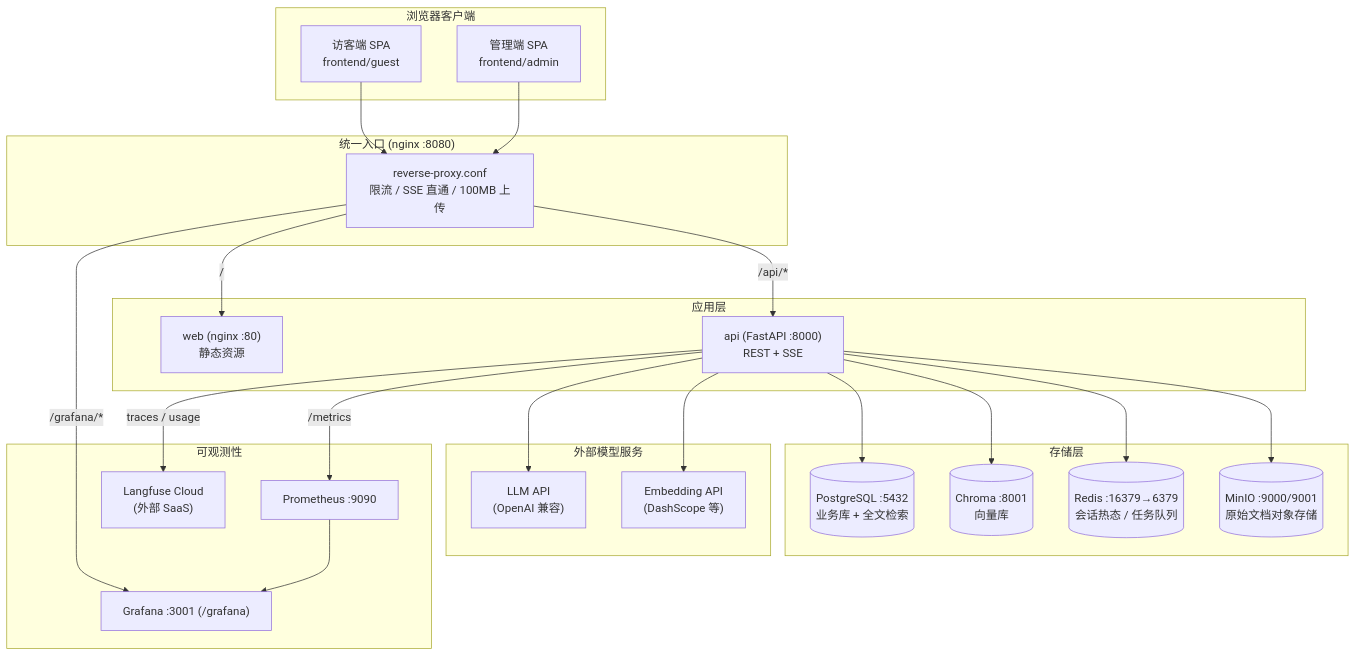
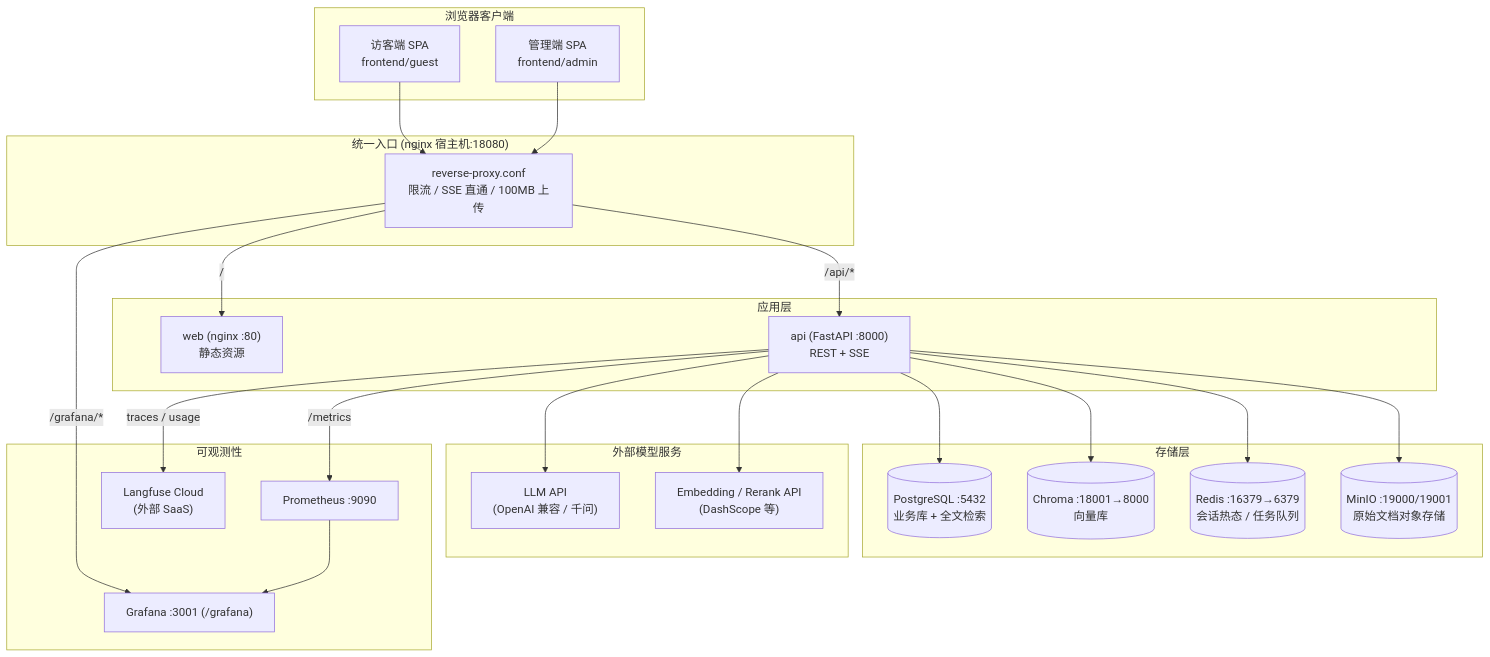
One commit to 9Z-jiuzhang/0716RAGPJ changed the diagram in README.md. Above: the diagram before and after it, drawn with Mermaid. The commit also changed other lines of this file and 61 other files, not shown here.

````diff
--- a/README.md
+++ b/README.md
@@ -42,49 +44,49 @@
 ```mermaid
 flowchart TB
     subgraph Client["浏览器客户端"]
         Guest["访客端 SPA<br/>frontend/guest"]
         Admin["管理端 SPA<br/>frontend/admin"]
     end
 
-    subgraph Edge["统一入口 (nginx :8080)"]
+    subgraph Edge["统一入口 (nginx 宿主机:18080)"]
         RP["reverse-proxy.conf<br/>限流 / SSE 直通 / 100MB 上传"]
     end
 
     subgraph App["应用层"]
         WEB["web (nginx :80)<br/>静态资源"]
         API["api (FastAPI :8000)<br/>REST + SSE"]
     end
 
     subgraph Storage["存储层"]
         PG[("PostgreSQL :5432<br/>业务库 + 全文检索")]
-        CH[("Chroma :8001<br/>向量库")]
+        CH[("Chroma :18001→8000<br/>向量库")]
         RD[("Redis :16379→6379<br/>会话热态 / 任务队列")]
-        MO[("MinIO :9000/9001<br/>原始文档对象存储")]
+        MO[("MinIO :19000/19001<br/>原始文档对象存储")]
     end
 
     subgraph External["外部模型服务"]
-        LLM["LLM API<br/>(OpenAI 兼容)"]
-        EMB["Embedding API<br/>(DashScope 等)"]
+        LLM["LLM API<br/>(OpenAI 兼容 / 千问)"]
+        EMB["Embedding / Rerank API<br/>(DashScope 等)"]
     end
 
     subgraph Observ["可观测性"]
         PROM["Prometheus :9090"]
         GRAF["Grafana :3001 (/grafana)"]
         LF["Langfuse Cloud<br/>(外部 SaaS)"]
     end
 
     Guest --> RP
     Admin --> RP
     RP -->|/| WEB
     RP -->|/api/*| API
     RP -->|/grafana/*| GRAF
     API --> PG
     API --> CH
     API --> RD
     API --> MO
     API --> LLM
     API --> EMB
     API -->|/metrics| PROM
     API -->|traces / usage| LF
     PROM --> GRAF
 ```
````
